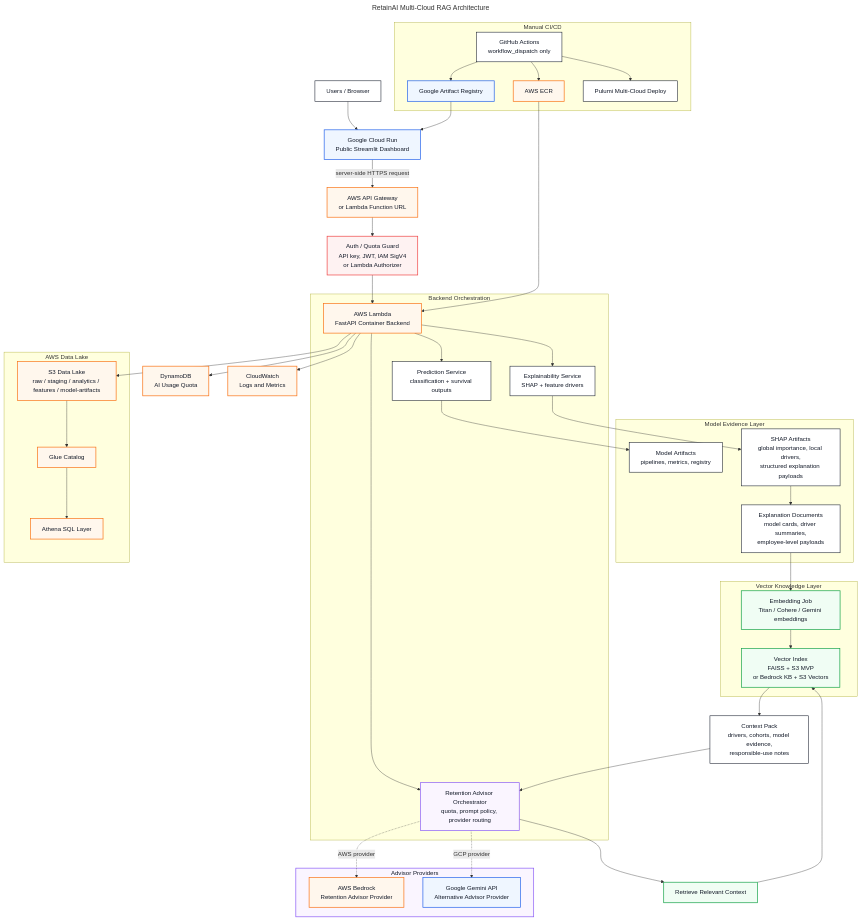
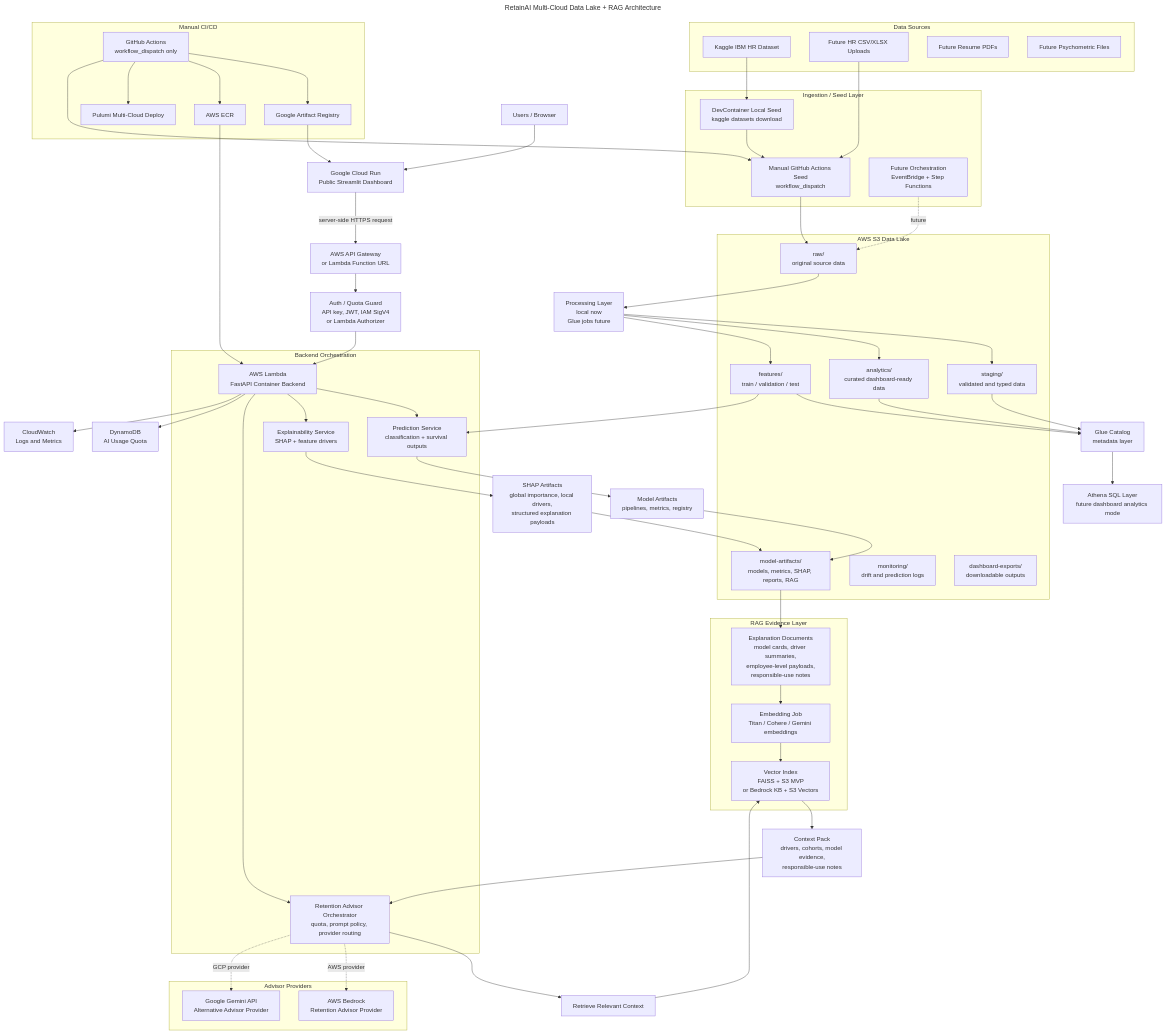
Before and after one commit to HubertRonald/RetainAI: the diagram in docs/multicloud/sprint7_multicloud_deployment_plan.md, drawn with Mermaid. The commit also changed other lines of this file, not shown here.

Commit message:
Align Sprint 7 plan with data lake and RAG lifecycle

````diff
--- a/docs/multicloud/sprint7_multicloud_deployment_plan.md
+++ b/docs/multicloud/sprint7_multicloud_deployment_plan.md
@@ -47,6 +214,6 @@
 ```mermaid
 ---
-title: RetainAI Multi-Cloud RAG Architecture
+title: RetainAI Multi-Cloud Data Lake + RAG Architecture
 ---
 flowchart TB
     U["Users / Browser"] --> CR["Google Cloud Run<br/>Public Streamlit Dashboard"]
@@ -56,19 +223,59 @@
     APIGW --> AUTH["Auth / Quota Guard<br/>API key, JWT, IAM SigV4<br/>or Lambda Authorizer"]
     AUTH --> LAMBDA["AWS Lambda<br/>FastAPI Container Backend"]
 
+    subgraph Sources["Data Sources"]
+        KAGGLE["Kaggle IBM HR Dataset"]
+        CSV["Future HR CSV/XLSX Uploads"]
+        RESUME["Future Resume PDFs"]
+        PSY["Future Psychometric Files"]
+    end
+
+    subgraph Seed["Ingestion / Seed Layer"]
+        LOCAL["DevContainer Local Seed<br/>kaggle datasets download"]
+        MANUAL["Manual GitHub Actions Seed<br/>workflow_dispatch"]
+        FUTURE_ORCH["Future Orchestration<br/>EventBridge + Step Functions"]
+    end
+
+    KAGGLE --> LOCAL
+    LOCAL --> MANUAL
+    CSV --> MANUAL
+    MANUAL --> S3RAW
+    FUTURE_ORCH -. future .-> S3RAW
+
+    subgraph DataLake["AWS S3 Data Lake"]
+        S3RAW["raw/<br/>original source data"]
+        S3STAGE["staging/<br/>validated and typed data"]
+        S3ANALYTICS["analytics/<br/>curated dashboard-ready data"]
+        S3FEATURES["features/<br/>train / validation / test"]
+        S3ART["model-artifacts/<br/>models, metrics, SHAP, reports, RAG"]
+        S3MON["monitoring/<br/>drift and prediction logs"]
+        S3EXPORT["dashboard-exports/<br/>downloadable outputs"]
+    end
+
+    S3RAW --> PROCESS["Processing Layer<br/>local now<br/>Glue jobs future"]
+    PROCESS --> S3STAGE
+    PROCESS --> S3ANALYTICS
+    PROCESS --> S3FEATURES
+
+    S3STAGE --> GLUE["Glue Catalog<br/>metadata layer"]
+    S3ANALYTICS --> GLUE
+    S3FEATURES --> GLUE
+    GLUE --> ATHENA["Athena SQL Layer<br/>future dashboard analytics mode"]
+
     subgraph Backend["Backend Orchestration"]
         LAMBDA --> PRED["Prediction Service<br/>classification + survival outputs"]
         LAMBDA --> EXPL["Explainability Service<br/>SHAP + feature drivers"]
         LAMBDA --> ADVISOR["Retention Advisor Orchestrator<br/>quota, prompt policy, provider routing"]
     end
 
-    subgraph Evidence["Model Evidence Layer"]
-        PRED --> ART["Model Artifacts<br/>pipelines, metrics, registry"]
-        EXPL --> SHAP["SHAP Artifacts<br/>global importance, local drivers,<br/>structured explanation payloads"]
-        SHAP --> DOCS["Explanation Documents<br/>model cards, driver summaries,<br/>employee-level payloads"]
-    end
+    S3FEATURES --> PRED
+    PRED --> ART["Model Artifacts<br/>pipelines, metrics, registry"]
+    EXPL --> SHAP["SHAP Artifacts<br/>global importance, local drivers,<br/>structured explanation payloads"]
+    ART --> S3ART
+    SHAP --> S3ART
 
-    subgraph VectorLayer["Vector Knowledge Layer"]
+    subgraph Evidence["RAG Evidence Layer"]
+        S3ART --> DOCS["Explanation Documents<br/>model cards, driver summaries,<br/>employee-level payloads,<br/>responsible-use notes"]
         DOCS --> EMB["Embedding Job<br/>Titan / Cohere / Gemini embeddings"]
         EMB --> VDB["Vector Index<br/>FAISS + S3 MVP<br/>or Bedrock KB + S3 Vectors"]
     end
@@ -83,12 +290,6 @@
         ADVISOR -. "GCP provider" .-> GEMINI["Google Gemini API<br/>Alternative Advisor Provider"]
     end
 
-    subgraph DataLake["AWS Data Lake"]
-        LAMBDA --> S3["S3 Data Lake<br/>raw / staging / analytics / features / model-artifacts"]
-        S3 --> GLUE["Glue Catalog"]
-        GLUE --> ATHENA["Athena SQL Layer"]
-    end
-
     LAMBDA --> DDB["DynamoDB<br/>AI Usage Quota"]
     LAMBDA --> CW["CloudWatch<br/>Logs and Metrics"]
 
@@ -96,22 +297,9 @@
         GH["GitHub Actions<br/>workflow_dispatch only"] --> GAR["Google Artifact Registry"]
         GH --> ECR["AWS ECR"]
         GH --> PULUMI["Pulumi Multi-Cloud Deploy"]
+        GH --> MANUAL
     end
 
     GAR --> CR
     ECR --> LAMBDA
-
-    classDef node fill:#ffffff,stroke:#111827,color:#111827,stroke-width:1.4px;
-    classDef gcp fill:#eff6ff,stroke:#2563eb,color:#111827,stroke-width:1.8px;
-    classDef aws fill:#fff7ed,stroke:#f97316,color:#111827,stroke-width:1.8px;
-    classDef rag fill:#f0fdf4,stroke:#16a34a,color:#111827,stroke-width:1.8px;
-    classDef ai fill:#faf5ff,stroke:#8b5cf6,color:#111827,stroke-width:1.8px;
-    classDef guard fill:#fef2f2,stroke:#ef4444,color:#111827,stroke-width:1.8px;
-
-    class U,ART,SHAP,DOCS,CONTEXT,GH node;
-    class CR,GAR,GEMINI gcp;
-    class APIGW,LAMBDA,S3,GLUE,ATHENA,ECR,DDB,CW,BEDROCK aws;
-    class EMB,VDB,RETRIEVE rag;
-    class ADVISOR,Providers ai;
-    class AUTH guard;
 ```
````
